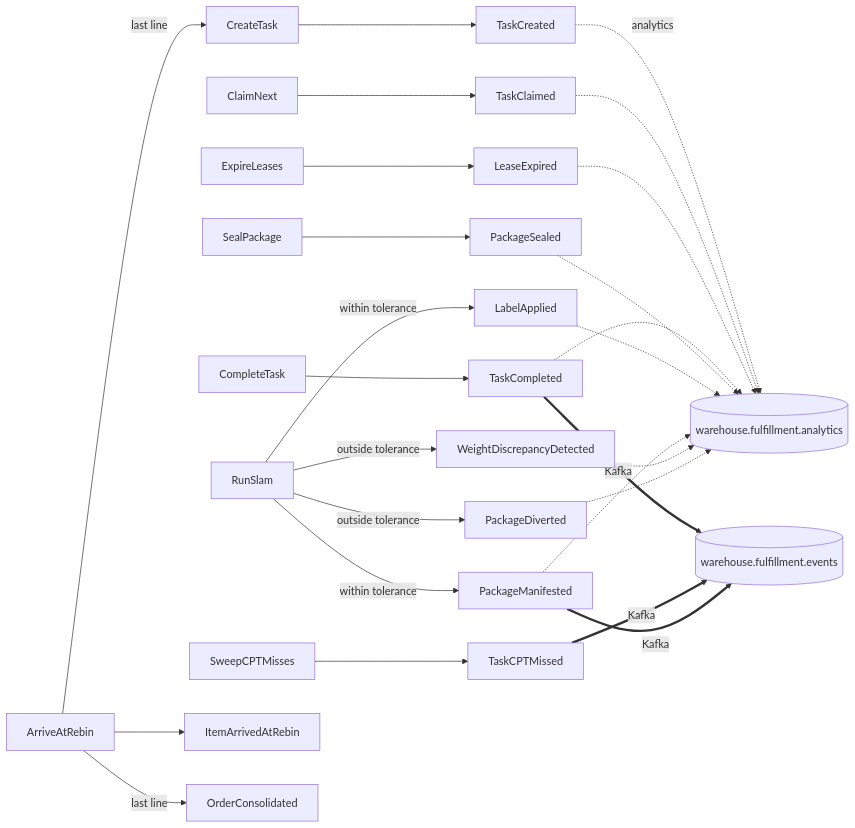
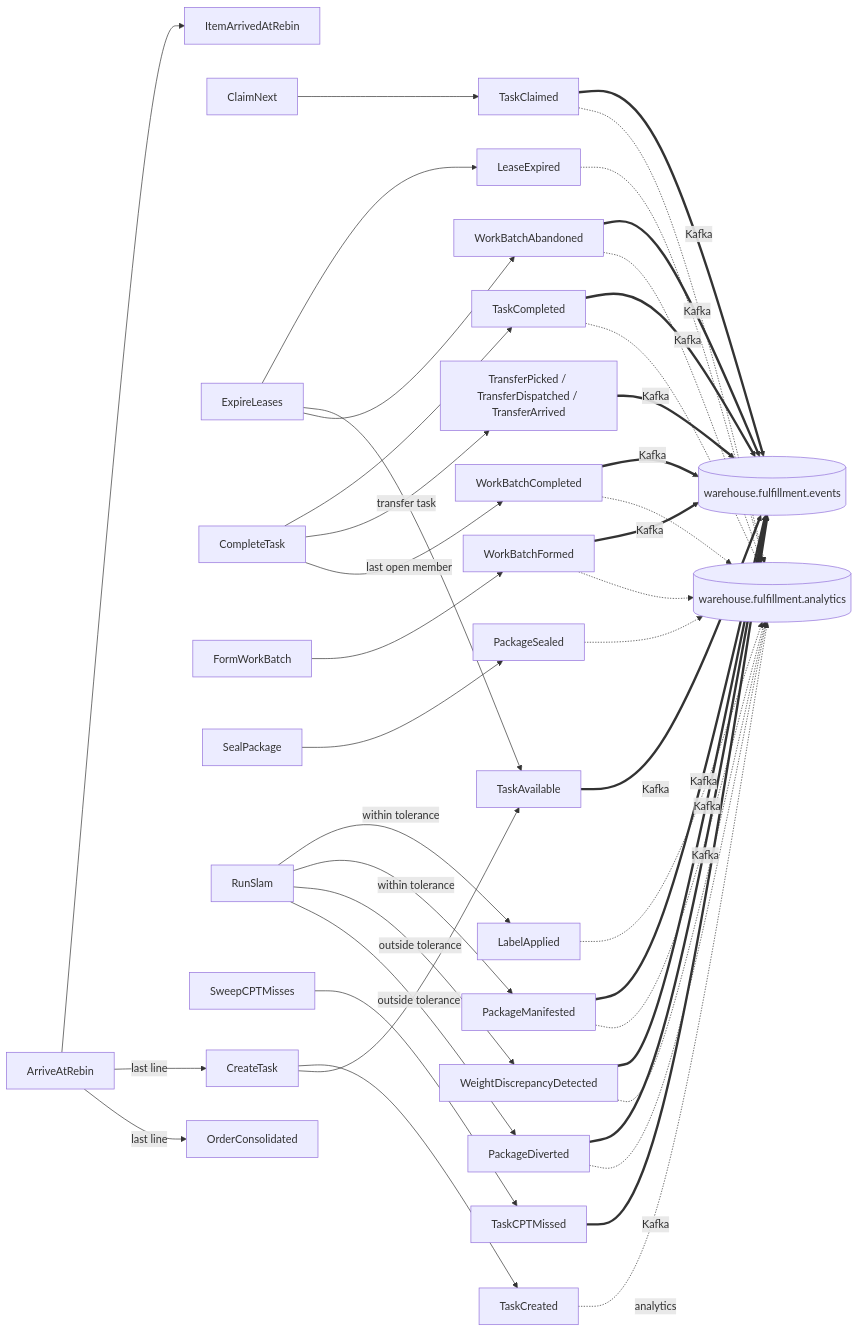
The diagram in docs/docs/ddd/domain-events.md (IQVO/fulfillment-execution), drawn with Mermaid before and after one commit. The commit also changed other lines of this file and 10 other files, not shown here.

````diff
--- a/docs/docs/ddd/domain-events.md
+++ b/docs/docs/ddd/domain-events.md
@@ -141,28 +145,45 @@
 ```mermaid
 flowchart LR
     CT["CreateTask"] --> TC["TaskCreated"]
+    CT --> TA["TaskAvailable"]
     CN["ClaimNext"] --> TCL["TaskClaimed"]
     EL["ExpireLeases"] --> LE["LeaseExpired"]
+    EL --> TA
+    EL --> WBA["WorkBatchAbandoned"]
     CMP["CompleteTask"] --> TCP["TaskCompleted"]
+    CMP -->|transfer task| TR["TransferPicked / TransferDispatched / TransferArrived"]
+    CMP -->|last open member| WBC["WorkBatchCompleted"]
+    FB["FormWorkBatch"] --> WBF["WorkBatchFormed"]
     SP["SealPackage"] --> PS["PackageSealed"]
     RS["RunSlam"] -->|within tolerance| LA["LabelApplied"]
     RS -->|within tolerance| PM["PackageManifested"]
     RS -->|outside tolerance| WD["WeightDiscrepancyDetected"]
     RS -->|outside tolerance| PD["PackageDiverted"]
     SW["SweepCPTMisses"] --> CM["TaskCPTMissed"]
     AR["ArriveAtRebin"] --> IA["ItemArrivedAtRebin"]
     AR -->|last line| CT
     AR -->|last line| OC["OrderConsolidated"]
     TCP ==>|Kafka| K[("warehouse.fulfillment.events")]
     CM ==>|Kafka| K
     PM ==>|Kafka| K
+    PD ==>|Kafka| K
+    WD ==>|Kafka| K
+    TA ==>|Kafka| K
+    TCL ==>|Kafka| K
+    TR ==>|Kafka| K
+    WBF ==>|Kafka| K
+    WBC ==>|Kafka| K
+    WBA ==>|Kafka| K
     TC -.->|analytics| A[("warehouse.fulfillment.analytics")]
     TCL -.-> A
     LE -.-> A
     TCP -.-> A
     PS -.-> A
     LA -.-> A
     PM -.-> A
     WD -.-> A
     PD -.-> A
+    WBF -.-> A
+    WBC -.-> A
+    WBA -.-> A
 ```
````
